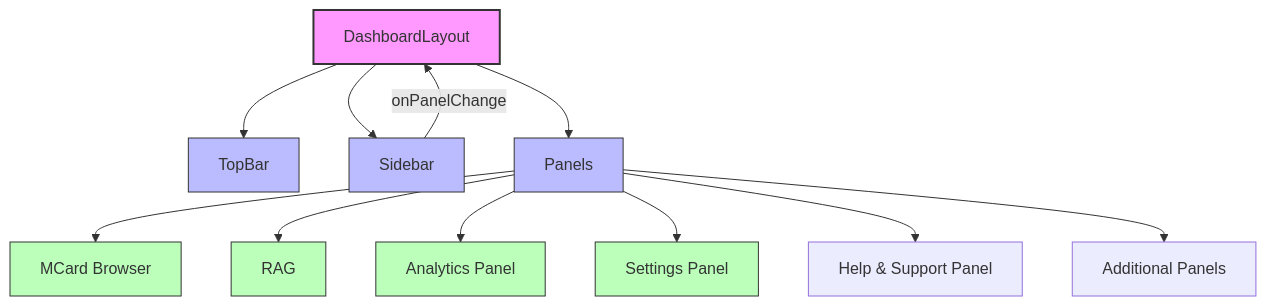
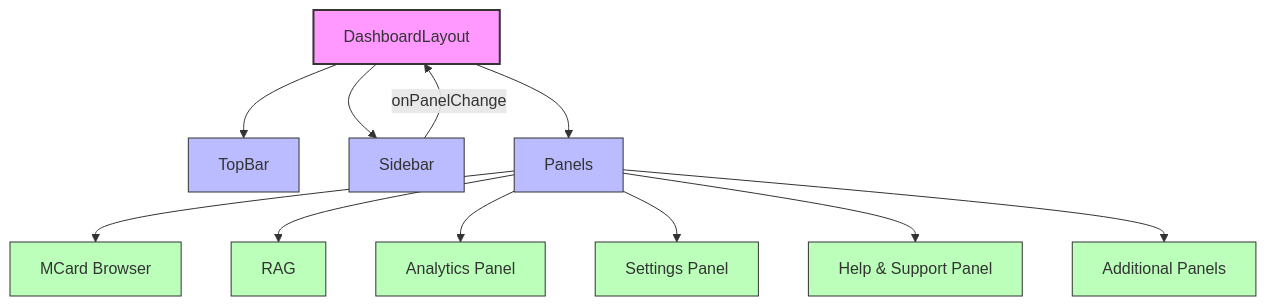
The diagram in Docs/Components Documentation.md (githubhenrykoo/PKC), drawn with Mermaid before and after one commit.

````diff
--- a/Docs/Components Documentation.md
+++ b/Docs/Components Documentation.md
@@ -9,24 +9,26 @@
 ```mermaid
 graph TD
     A[DashboardLayout] --> B[TopBar]
     A --> C[Sidebar]
     A --> D[Panels]
     
     C -->|onPanelChange| A
     
     D --> E[MCard Browser]
     D --> F[RAG]
     D --> G[Analytics Panel]
     D --> H[Settings Panel]
     D --> I[Help & Support Panel]
     D --> J[Additional Panels]
     
     style A fill:#f9f,stroke:#333,stroke-width:2px
     style B fill:#bbf,stroke:#333,stroke-width:1px
     style C fill:#bbf,stroke:#333,stroke-width:1px
     style D fill:#bbf,stroke:#333,stroke-width:1px
     style E fill:#bfb,stroke:#333,stroke-width:1px
     style F fill:#bfb,stroke:#333,stroke-width:1px
     style G fill:#bfb,stroke:#333,stroke-width:1px
     style H fill:#bfb,stroke:#333,stroke-width:1px
+    style I fill:#bfb,stroke:#333,stroke-width:1px
+    style J fill:#bfb,stroke:#333,stroke-width:1px
 ```
````
